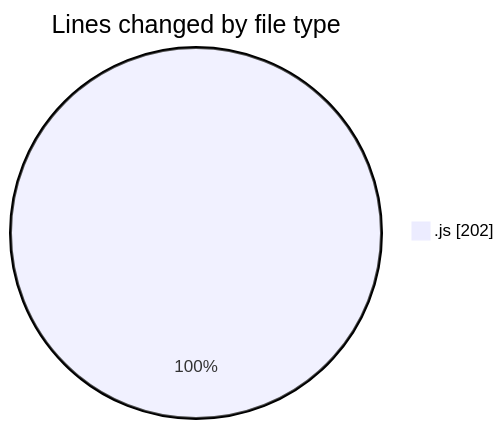
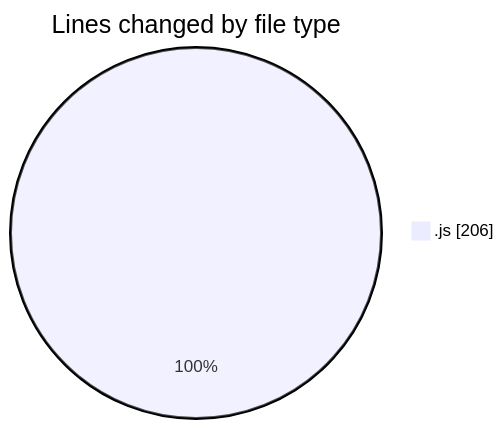
Before and after one commit to momahboobian/code-tracking: the first of 2 diagrams in 2025-02-03/cda/README.md, drawn with Mermaid. The commit also changed other lines of this file and 1 other file, not shown here.

````diff
--- a/2025-02-03/cda/README.md
+++ b/2025-02-03/cda/README.md
@@ -22,5 +22,5 @@
 ```mermaid
 pie showData
 title Lines changed by file type
-".js" : 202
+".js" : 206
 ```
````
